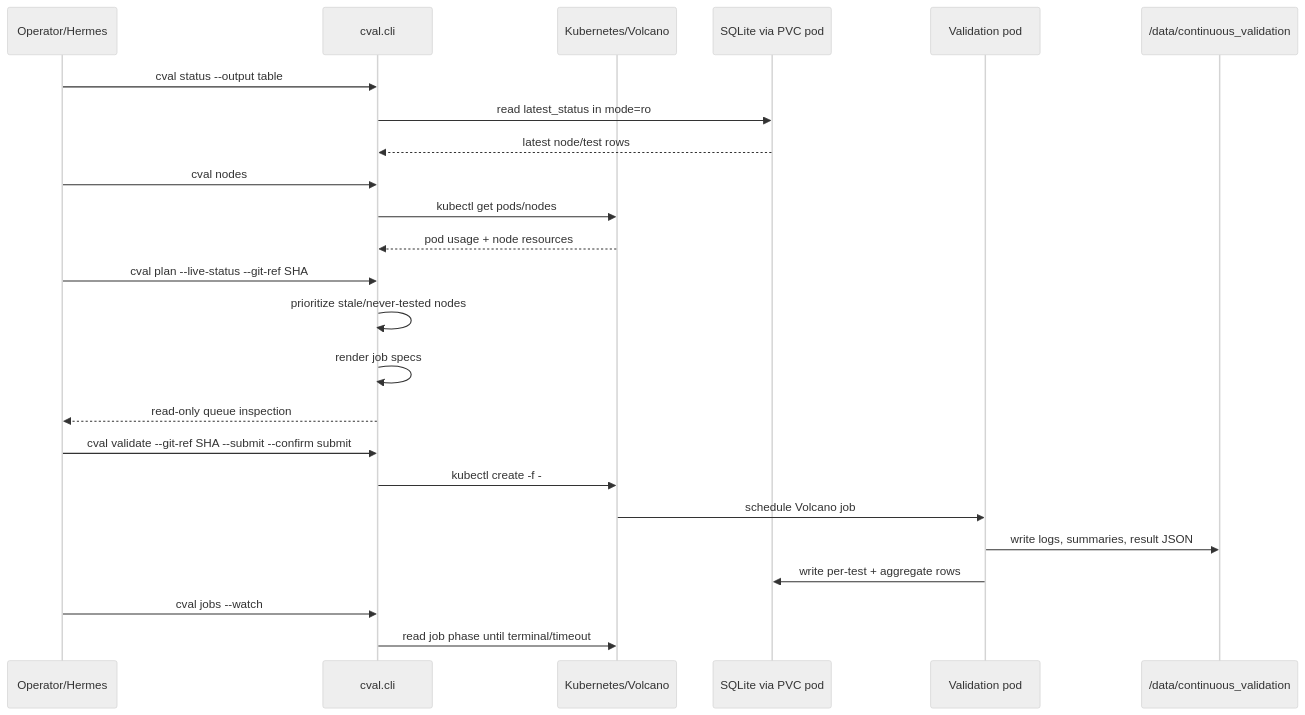
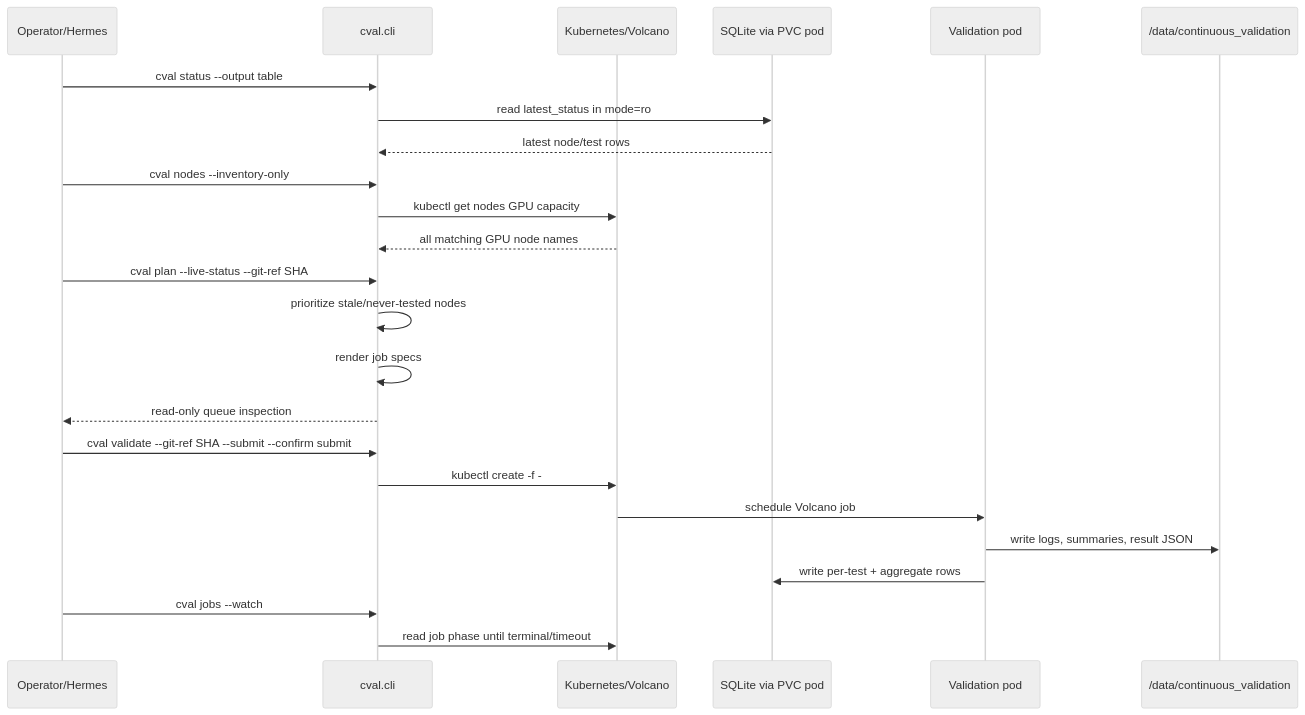
Before and after one commit to IamNirmata/c-val: the first of 5 diagrams in docs/workflow.md, drawn with Mermaid (neutral theme). The commit also changed other lines of this file and 11 other files, not shown here.

````diff
--- a/docs/workflow.md
+++ b/docs/workflow.md
@@ -5,27 +5,27 @@
 ```mermaid
 sequenceDiagram
     participant User as Operator/Hermes
     participant CLI as cval.cli
     participant K8s as Kubernetes/Volcano
     participant DB as SQLite via PVC pod
     participant Pod as Validation pod
     participant PVC as /data/continuous_validation
 
     User->>CLI: cval status --output table
     CLI->>DB: read latest_status in mode=ro
     DB-->>CLI: latest node/test rows
-    User->>CLI: cval nodes
-    CLI->>K8s: kubectl get pods/nodes
-    K8s-->>CLI: pod usage + node resources
+    User->>CLI: cval nodes --inventory-only
+    CLI->>K8s: kubectl get nodes GPU capacity
+    K8s-->>CLI: all matching GPU node names
     User->>CLI: cval plan --live-status --git-ref SHA
     CLI->>CLI: prioritize stale/never-tested nodes
     CLI->>CLI: render job specs
     CLI-->>User: read-only queue inspection
     User->>CLI: cval validate --git-ref SHA --submit --confirm submit
     CLI->>K8s: kubectl create -f -
     K8s->>Pod: schedule Volcano job
     Pod->>PVC: write logs, summaries, result JSON
     Pod->>DB: write per-test + aggregate rows
     User->>CLI: cval jobs --watch
     CLI->>K8s: read job phase until terminal/timeout
 ```
````
